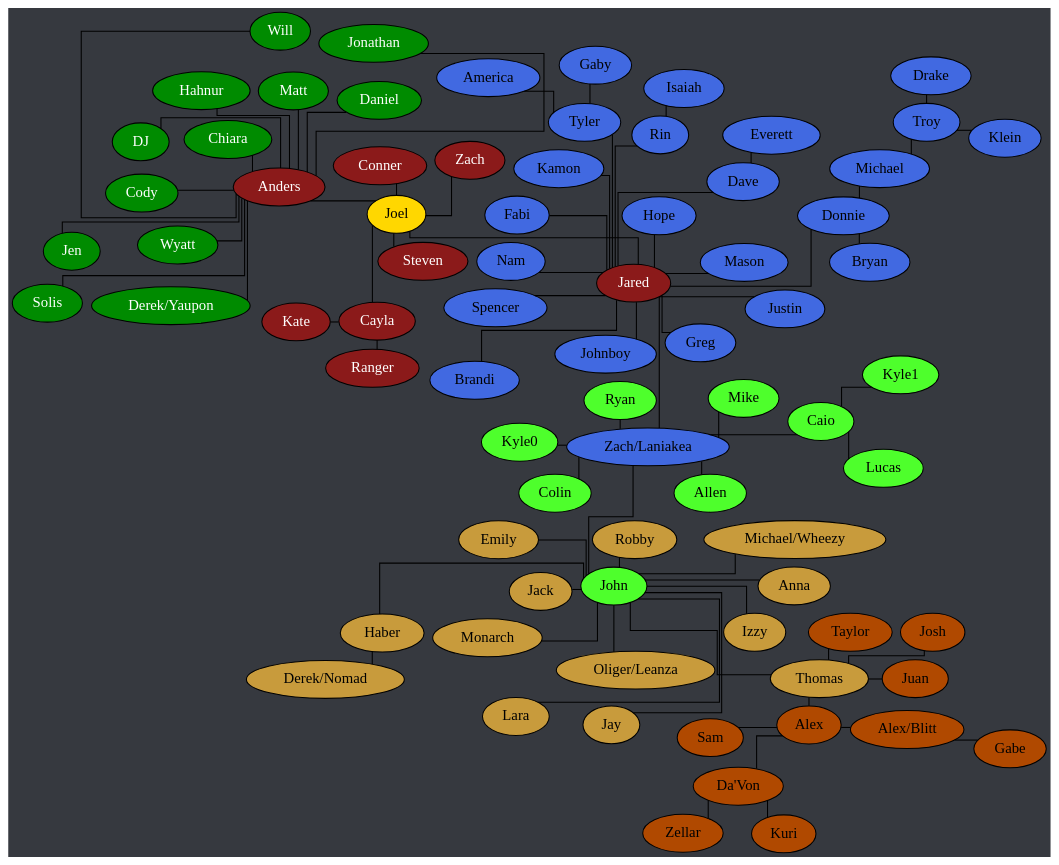
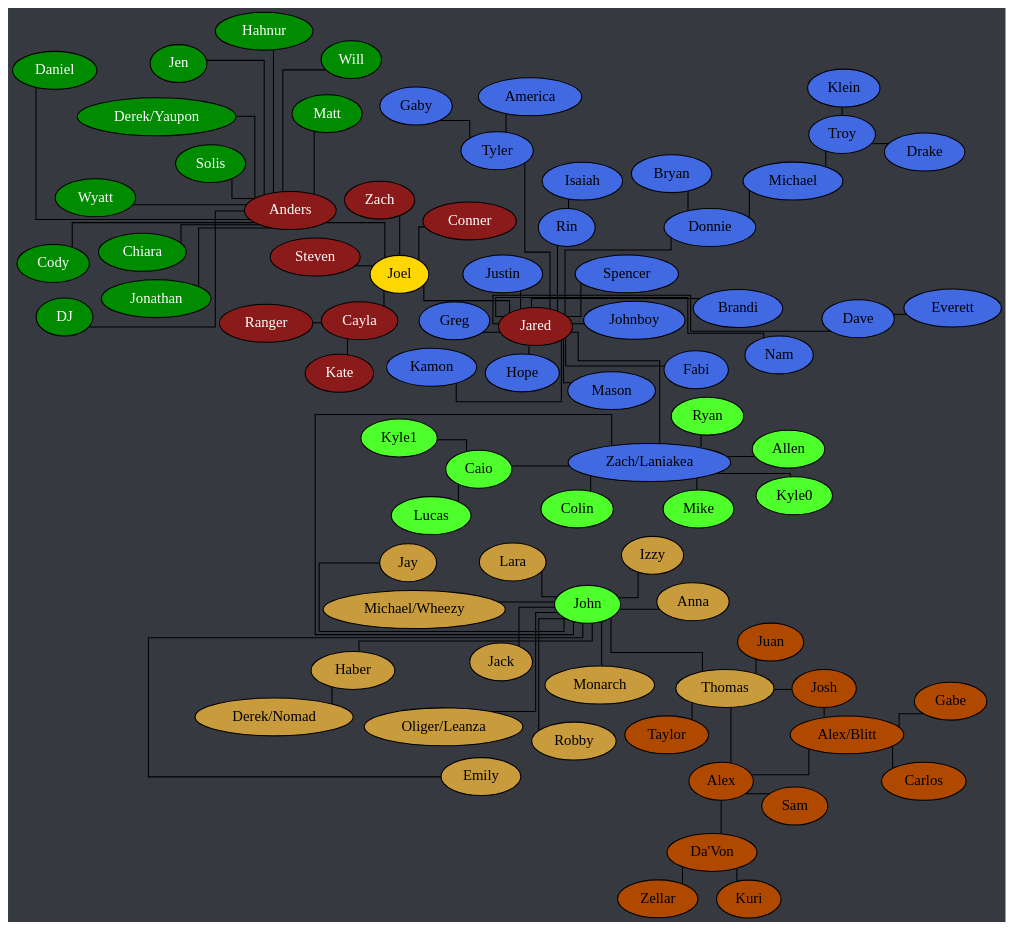
One commit to Documidas/CoronaCatzFamilyTree changed the diagram in tree.dot. Above: the diagram before and after it, drawn with Graphviz. The commit also changed 1 other file, not shown here.

Commit message:
Add Carlos, Josh

```diff
--- a/tree.dot
+++ b/tree.dot
@@ -1,125 +1,127 @@
 strict graph {
 	// Layout Configuration
 	layout = neato;
 	epsilon = 0.01;
 	mode = KK;
 	model = subset;
 	overlap = false;
 	splines = ortho;
 
 	// Visual Configuration
 	graph [truecolor=true bgcolor="#36393f"]
 	node [style=filled fillcolor="gray" fontcolor="black"]
 
 	subgraph "Joel" {
 		node [style=filled fillcolor="firebrick4" fontcolor="white"];
 		Joel [style=filled fillcolor="gold" fontcolor="black"];
 
 		Anders -- Joel;
 		Cayla -- Joel
 		Cayla -- Kate;
 		Cayla -- Ranger;
 		Joel -- Conner;
 		Joel -- Jared;
 		Joel -- Steven;
 		Joel -- Zach;
 	}
 
 	subgraph "Anders" {
 		node [style=filled fillcolor="green4" fontcolor="white"];
 
 		Anders -- Chiara
 		Anders -- Cody;
 		Anders -- Daniel;
 		Anders -- "Derek/Yaupon";
 		Anders -- DJ;
 		Anders -- Hahnur;
 		Anders -- Jen;
 		Anders -- Jonathan;
 		Anders -- Matt;
 		Anders -- Solis;
 		Anders -- Will;
 		Anders -- Wyatt;
 	}
 
 	subgraph "Jared" {
 		node [style=filled fillcolor="royalblue" fontcolor="black"]
 
 		Dave -- Everett;
 		Donnie -- Bryan;
 		Donnie -- Michael;
 		Jared -- Brandi;
 		Jared -- Dave;
 		Jared -- Donnie;
 		Jared -- Fabi;
 		Jared -- Greg;
 		Jared -- Hope;
 		Jared -- Johnboy;
 		Jared -- Justin;
 		Jared -- Kamon;
 		Jared -- Mason;
 		Jared -- Nam;
 		Jared -- Rin;
 		Jared -- Spencer;
 		Jared -- Tyler;
 		Jared -- "Zach/Laniakea";
 		Michael -- Troy;
 		Rin -- Isaiah;
 		Tyler -- America;
 		Tyler -- Gaby;
 		Troy -- Drake;
 		Troy -- Klein;
 	}
 
 	subgraph "Zach/Laniakea" {
 		node [style=filled fillcolor="#4eff2c" fontcolor="black"]
 
 		Caio -- Kyle1;
 		Caio -- Lucas;
 		"Zach/Laniakea" -- Allen;
 		"Zach/Laniakea" -- Caio;
 		"Zach/Laniakea" -- Colin;
 		"Zach/Laniakea" -- John [ len = 10 ];
 		"Zach/Laniakea" -- Kyle0;
 		"Zach/Laniakea" -- Mike;
 		"Zach/Laniakea" -- Ryan;
 	}
 
 	subgraph "John" {
 		node [style=filled fillcolor="#c89b3c" fontcolor="black"]
 
 		Haber -- "Derek/Nomad";
 		John -- Anna;
 		John -- Emily;
 		John -- Haber;
 		John -- Jay;
 		John -- Jack;
 		John -- Lara;
 		John -- Monarch;
 		John -- "Oliger/Leanza";
 		John -- Thomas;
 	}
 
 	subgraph "John-stream" {
 		// node [style=filled fillcolor="#9147ff" fontcolor="black"]
 		node [style=filled fillcolor="#c89b3c" fontcolor="black"]
 
 		John -- Izzy;
 		John -- "Michael/Wheezy";
 		John -- Robby;
 	}
 
 	subgraph "Thomas" {
 		node [style=filled fillcolor="#b04900" fontcolor="black"]
 		Alex -- "Da'Von";
 		Alex -- "Alex/Blitt";
 		Alex -- Sam;
+		"Alex/Blitt" -- Carlos;
 		"Alex/Blitt" -- Gabe;
+		"Alex/Blitt" -- Josh;
 		"Da'Von" -- Kuri;
 		"Da'Von" -- Zellar;
 		Thomas -- Alex;
 		Thomas -- Josh;
 		Thomas -- Juan;
 		Thomas -- Taylor;
 	}
 }
```
